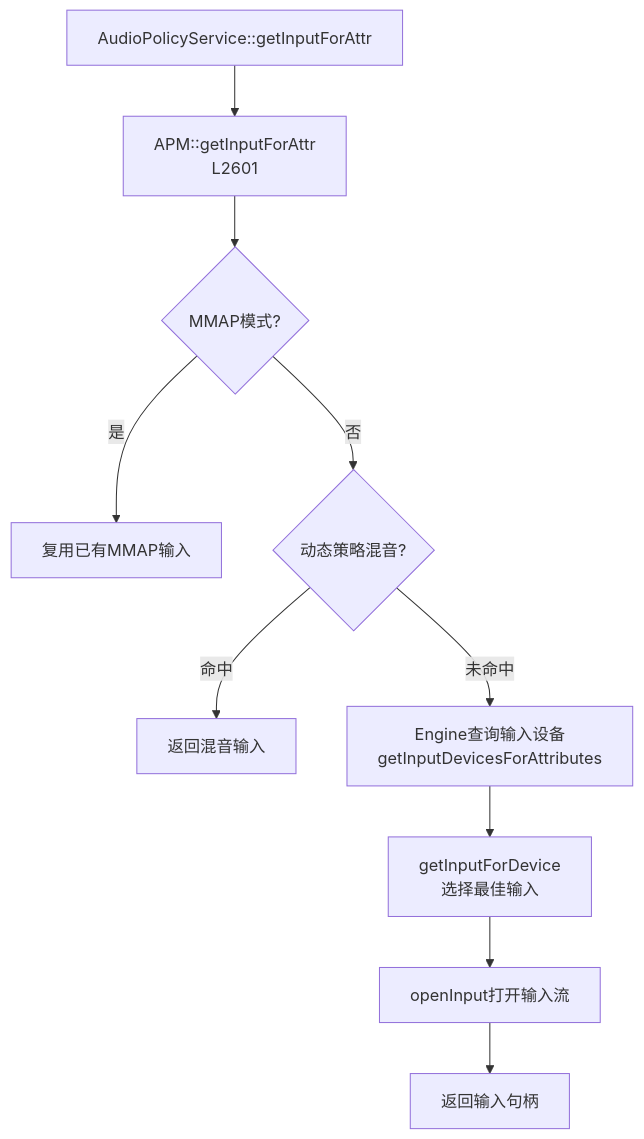
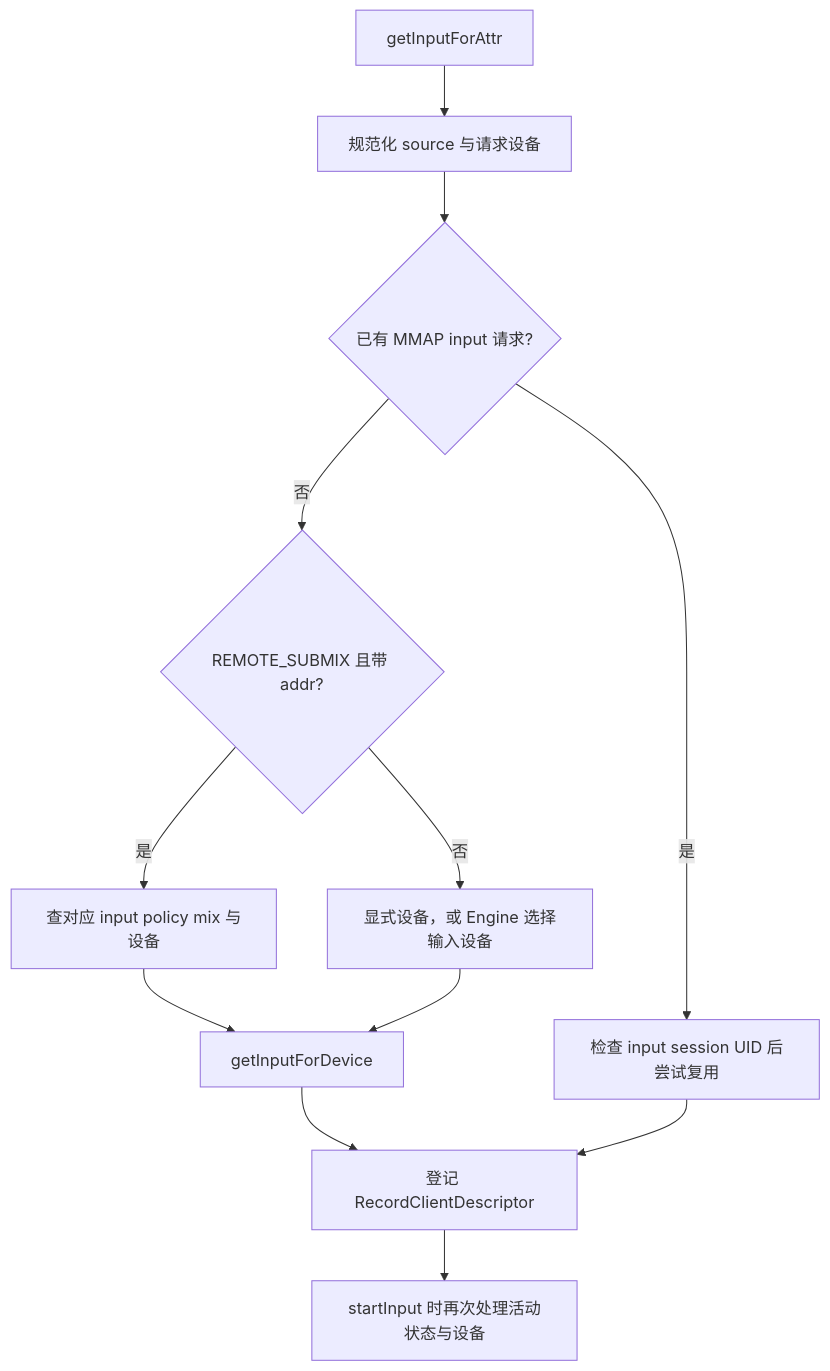
One commit to yanglinzhen1022/SA8295_AAOS_QNX_Audio_KnowledgeBase changed the third of 4 diagrams in 06_Audio_Policy_Engine/06_6.2_AudioPolicyManager-策略核心实现.md. Above: the diagram before and after it, drawn with Mermaid. The commit also changed other lines of this file and 11 other files, not shown here.

Commit message:
docs: rebuild native PCM and policy learning path from local source

````diff
--- a/06_Audio_Policy_Engine/06_6.2_AudioPolicyManager-策略核心实现.md
+++ b/06_Audio_Policy_Engine/06_6.2_AudioPolicyManager-策略核心实现.md
@@ -448,12 +142,14 @@
 ```mermaid
-flowchart TB
-    A[AudioPolicyService::getInputForAttr] --> B[APM::getInputForAttr<br/>L2601]
-    B --> C{MMAP模式?}
-    C -->|是| D[复用已有MMAP输入]
-    C -->|否| E{动态策略混音?}
-    E -->|命中| F[返回混音输入]
-    E -->|未命中| G[Engine查询输入设备<br/>getInputDevicesForAttributes]
-    G --> H[getInputForDevice<br/>选择最佳输入]
-    H --> I[openInput打开输入流]
-    I --> J[返回输入句柄]
+flowchart TD
+    A[getInputForAttr] --> B[规范化 source 与请求设备]
+    B --> M{已有 MMAP input 请求?}
+    M -->|是| V[检查 input session UID 后尝试复用]
+    M -->|否| R{REMOTE_SUBMIX 且带 addr?}
+    R -->|是| P[查对应 input policy mix 与设备]
+    R -->|否| D[显式设备，或 Engine 选择输入设备]
+    P --> I[getInputForDevice]
+    D --> I
+    I --> C[登记 RecordClientDescriptor]
+    V --> C
+    C --> S[startInput 时再次处理活动状态与设备]
 ```
````
